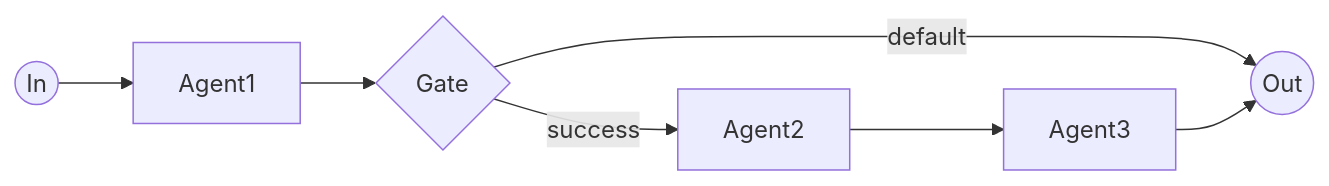
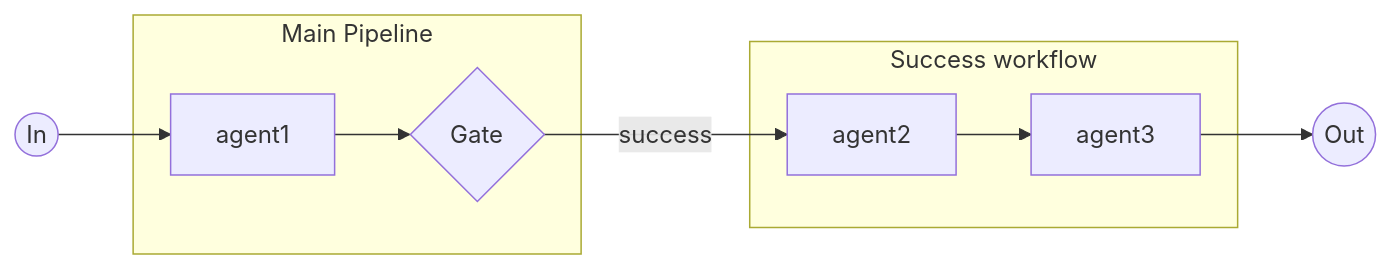
One commit to rootstrap/mars changed the diagram in examples/simple_workflow/diagram.md. Above: the diagram before and after it, drawn with Mermaid. The commit also changed 11 other files, not shown here.

````diff
--- a/examples/simple_workflow/diagram.md
+++ b/examples/simple_workflow/diagram.md
@@ -1,15 +1,18 @@
 ```mermaid
 flowchart LR
 in((In))
 out((Out))
-agent1[Agent1]
-gate{Gate}
-agent2[Agent2]
-agent3[Agent3]
+subgraph main_pipeline["Main Pipeline"]
+  agent1[agent1]
+  gate{Gate}
+end
+subgraph success_workflow["Success workflow"]
+  agent2[agent2]
+  agent3[agent3]
+end
 in --> agent1
 agent1 --> gate
 gate -->|success| agent2
-gate -->|default| out
 agent2 --> agent3
 agent3 --> out
 ```
````
